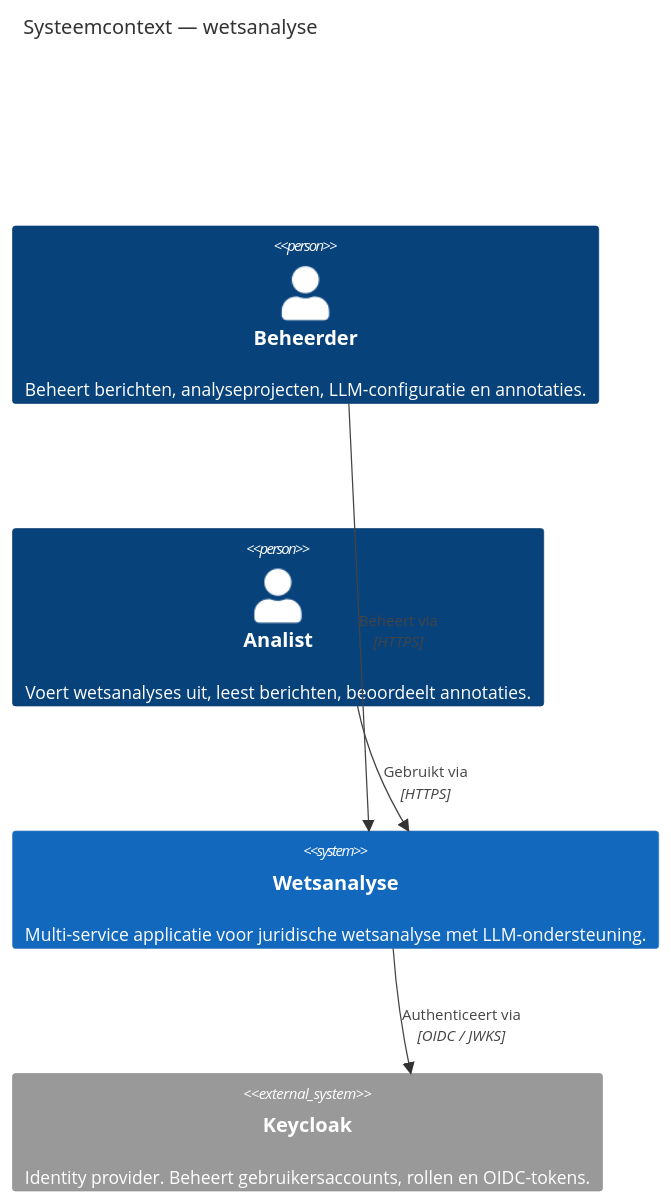
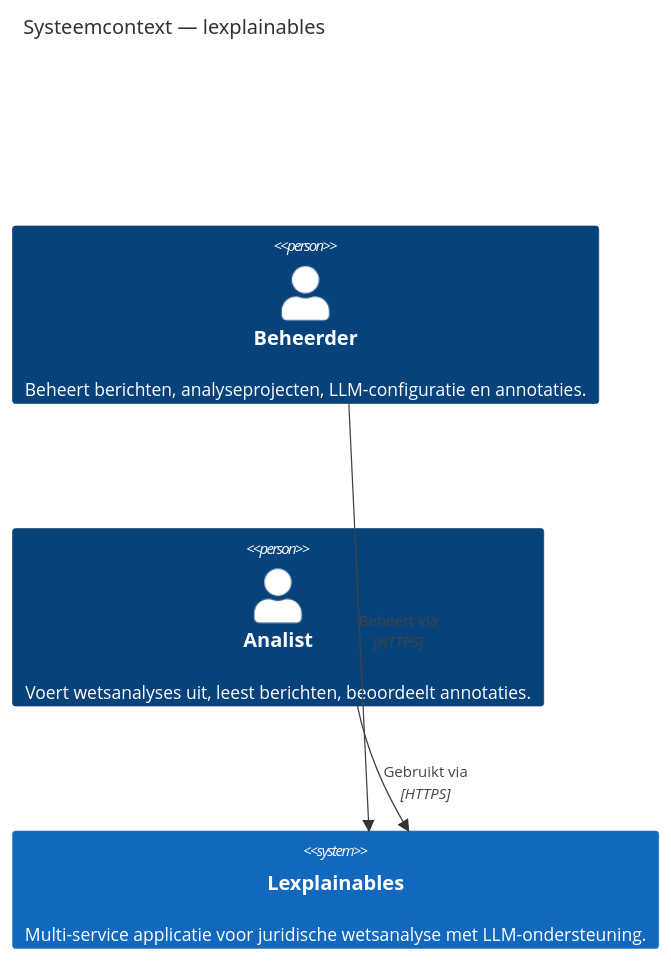
One commit to jaas0000/lexplainables changed the first of 5 diagrams in docs/architectuur/c4-model.md. Above: the diagram before and after it, drawn with Mermaid. The commit also changed other lines of this file, not shown here.

````diff
--- a/docs/architectuur/c4-model.md
+++ b/docs/architectuur/c4-model.md
@@ -15,14 +16,12 @@
 ```mermaid
 C4Context
-  title Systeemcontext — wetsanalyse
+  title Systeemcontext — lexplainables
 
   Person(beheerder, "Beheerder", "Beheert berichten, analyseprojecten, LLM-configuratie en annotaties.")
   Person(analist, "Analist", "Voert wetsanalyses uit, leest berichten, beoordeelt annotaties.")
 
-  System(wetsanalyse, "Wetsanalyse", "Multi-service applicatie voor juridische wetsanalyse met LLM-ondersteuning.")
-  System_Ext(keycloak, "Keycloak", "Identity provider. Beheert gebruikersaccounts, rollen en OIDC-tokens.")
+  System(wetsanalyse, "Lexplainables", "Multi-service applicatie voor juridische wetsanalyse met LLM-ondersteuning.")
 
   Rel(beheerder, wetsanalyse, "Beheert via", "HTTPS")
   Rel(analist, wetsanalyse, "Gebruikt via", "HTTPS")
-  Rel(wetsanalyse, keycloak, "Authenticeert via", "OIDC / JWKS")
 ```
````
